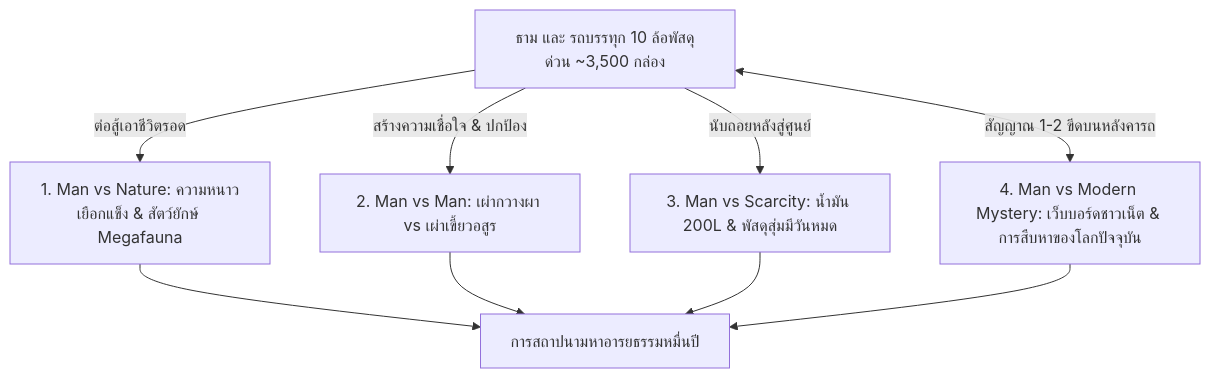
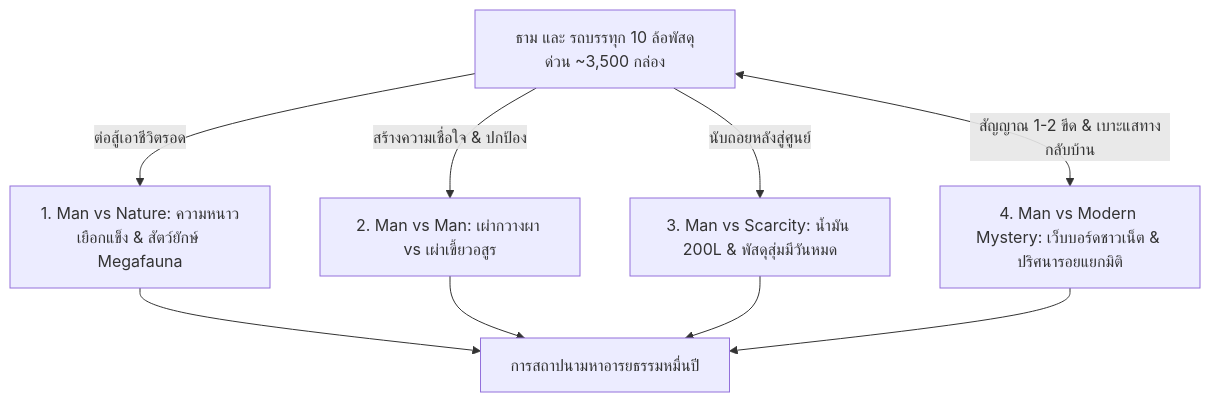
One commit to thaidelphi/1000-BC-ebooks changed the diagram in story_outline.md. Above: the diagram before and after it, drawn with Mermaid. The commit also changed other lines of this file and 2 other files, not shown here.

````diff
--- a/story_outline.md
+++ b/story_outline.md
@@ -20,8 +21,8 @@
 ```mermaid
 graph TD
     A[ธาม และ รถบรรทุก 10 ล้อพัสดุด่วน ~3,500 กล่อง] -->|ต่อสู้เอาชีวิตรอด| B[1. Man vs Nature: ความหนาวเยือกแข็ง & สัตว์ยักษ์ Megafauna]
     A -->|สร้างความเชื่อใจ & ปกป้อง| C[2. Man vs Man: เผ่ากวางผา vs เผ่าเขี้ยวอสูร]
     A -->|นับถอยหลังสู่ศูนย์| D[3. Man vs Scarcity: น้ำมัน 200L & พัสดุสุ่มมีวันหมด]
-    A <-->|สัญญาณ 1-2 ขีดบนหลังคารถ| E[4. Man vs Modern Mystery: เว็บบอร์ดชาวเน็ต & การสืบหาของโลกปัจจุบัน]
+    A <-->|สัญญาณ 1-2 ขีด & เบาะแสทางกลับบ้าน| E[4. Man vs Modern Mystery: เว็บบอร์ดชาวเน็ต & ปริศนารอยแยกมิติ]
     B & C & D & E --> F[การสถาปนามหาอารยธรรมหมื่นปี]
 ```
````
